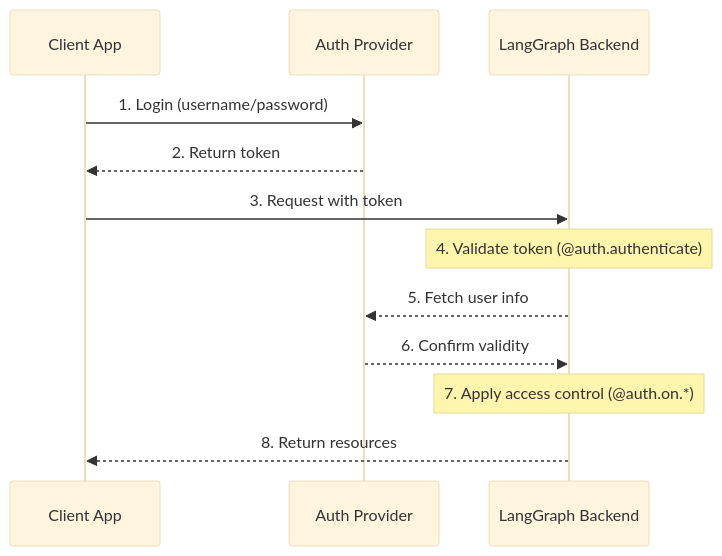
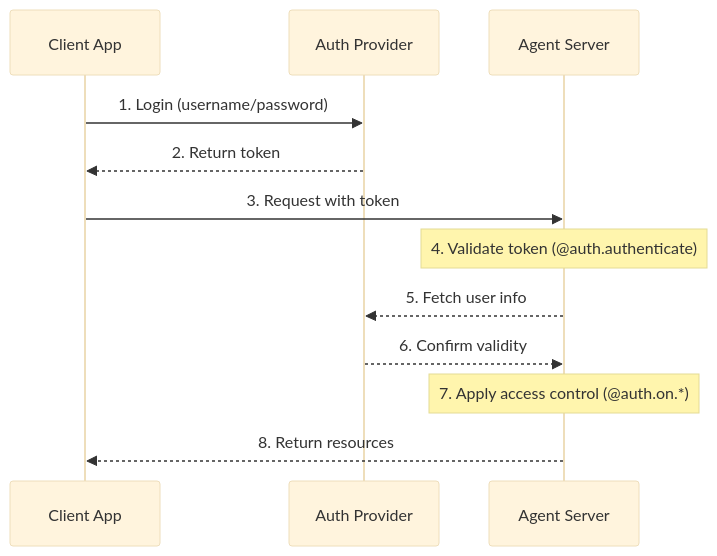
The first of 2 diagrams in build/langsmith/auth.mdx (AathmikaGK/docs), drawn with Mermaid (base theme) before and after one commit. The commit also changed other lines of this file and 2295 other files, not shown here.

````diff
--- a/build/langsmith/auth.mdx
+++ b/build/langsmith/auth.mdx
@@ -63,15 +63,15 @@
 ```mermaid
 sequenceDiagram
     participant Client as Client App
     participant Auth as Auth Provider
-    participant LG as LangGraph Backend
+    participant LG as Agent Server
 
     Client->>Auth: 1. Login (username/password)
     Auth-->>Client: 2. Return token
     Client->>LG: 3. Request with token
     Note over LG: 4. Validate token (@auth.authenticate)
     LG-->>Auth:  5. Fetch user info
     Auth-->>LG: 6. Confirm validity
     Note over LG: 7. Apply access control (@auth.on.*)
     LG-->>Client: 8. Return resources
 ```
````
